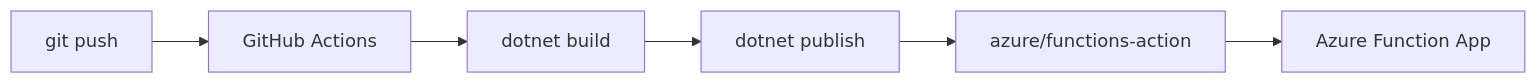
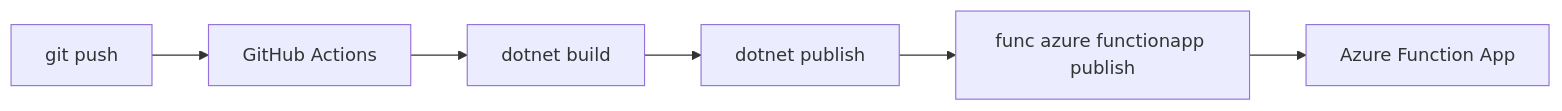
The diagram in docs/language-guides/dotnet/tutorial/flex-consumption/06-ci-cd.md (yeongseon/azure-functions-practical-guide), drawn with Mermaid before and after one commit. The commit also changed other lines of this file and 217 other files, not shown here.

````diff
--- a/docs/language-guides/dotnet/tutorial/flex-consumption/06-ci-cd.md
+++ b/docs/language-guides/dotnet/tutorial/flex-consumption/06-ci-cd.md
@@ -69,8 +92,8 @@
 ```mermaid
 flowchart LR
     A[git push] --> B[GitHub Actions]
     B --> C[dotnet build]
     C --> D[dotnet publish]
-    D --> E[azure/functions-action]
+    D --> E[func azure functionapp publish]
     E --> F[Azure Function App]
 ```
````
